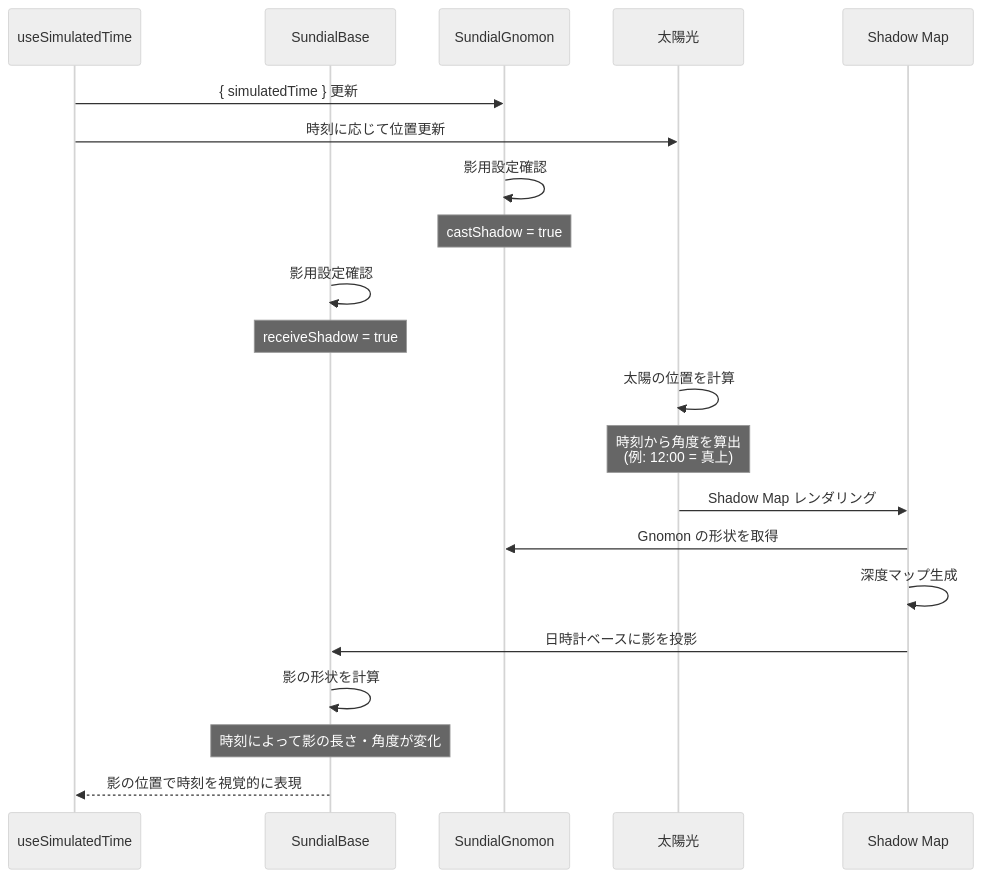
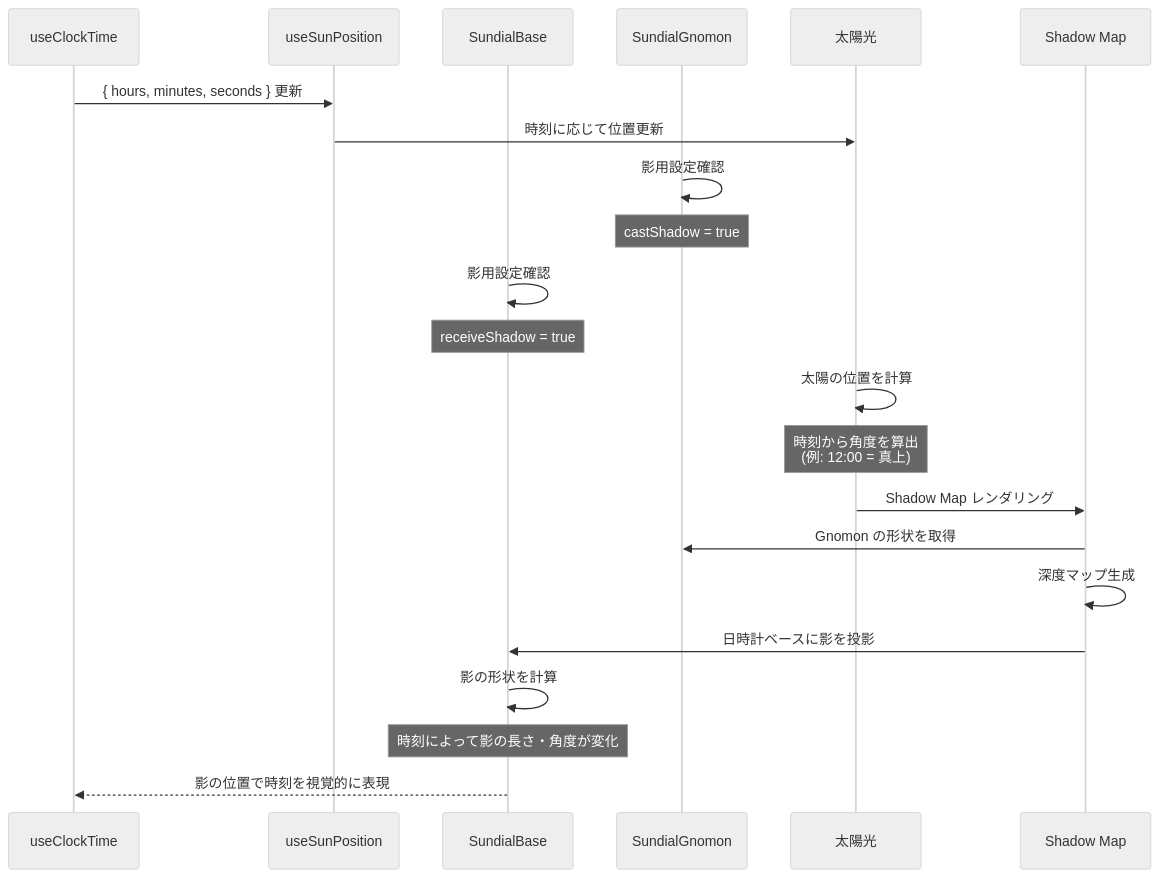
One commit to andsaki/biotope changed the sixth of 9 diagrams in docs/sequence-diagrams.md. Above: the diagram before and after it, drawn with Mermaid (neutral theme). The commit also changed other lines of this file and 2 other files, not shown here.

First line of the commit message:
chore: remove obsolete time code (#201)

````diff
--- a/docs/sequence-diagrams.md
+++ b/docs/sequence-diagrams.md
@@ -190,30 +190,31 @@
 ```mermaid
 sequenceDiagram
-    participant Time as useSimulatedTime
+    participant Time as useClockTime
+    participant SunHook as useSunPosition
     participant Base as SundialBase
     participant Gnomon as SundialGnomon
     participant DirectionalLight as 太陽光
     participant Shadow as Shadow Map
 
-    Time->>Gnomon: { simulatedTime } 更新
-    Time->>DirectionalLight: 時刻に応じて位置更新
+    Time->>SunHook: { hours, minutes, seconds } 更新
+    SunHook->>DirectionalLight: 時刻に応じて位置更新
 
     Gnomon->>Gnomon: 影用設定確認
     Note over Gnomon: castShadow = true
 
     Base->>Base: 影用設定確認
     Note over Base: receiveShadow = true
 
     DirectionalLight->>DirectionalLight: 太陽の位置を計算
     Note over DirectionalLight: 時刻から角度を算出<br/>(例: 12:00 = 真上)
 
     DirectionalLight->>Shadow: Shadow Map レンダリング
     Shadow->>Gnomon: Gnomon の形状を取得
     Shadow->>Shadow: 深度マップ生成
     Shadow->>Base: 日時計ベースに影を投影
 
     Base->>Base: 影の形状を計算
     Note over Base: 時刻によって影の長さ・角度が変化
 
     Base-->>Time: 影の位置で時刻を視覚的に表現
 ```
````
